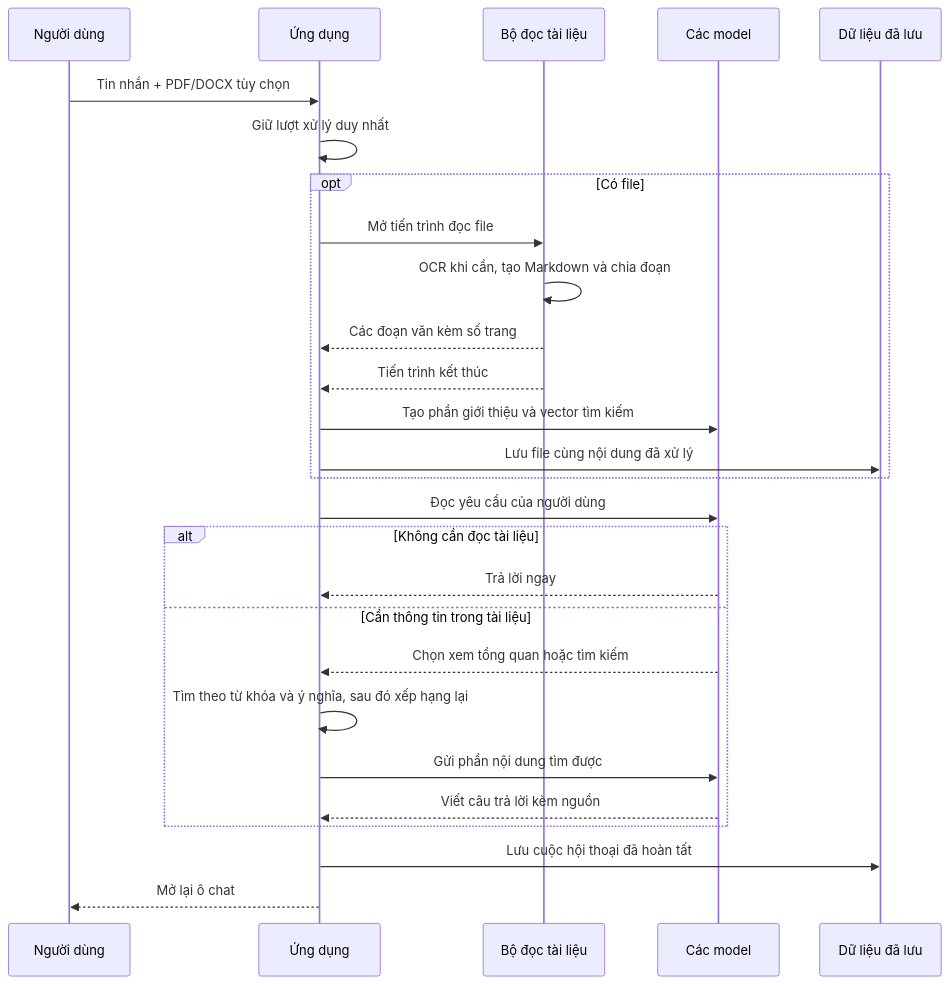
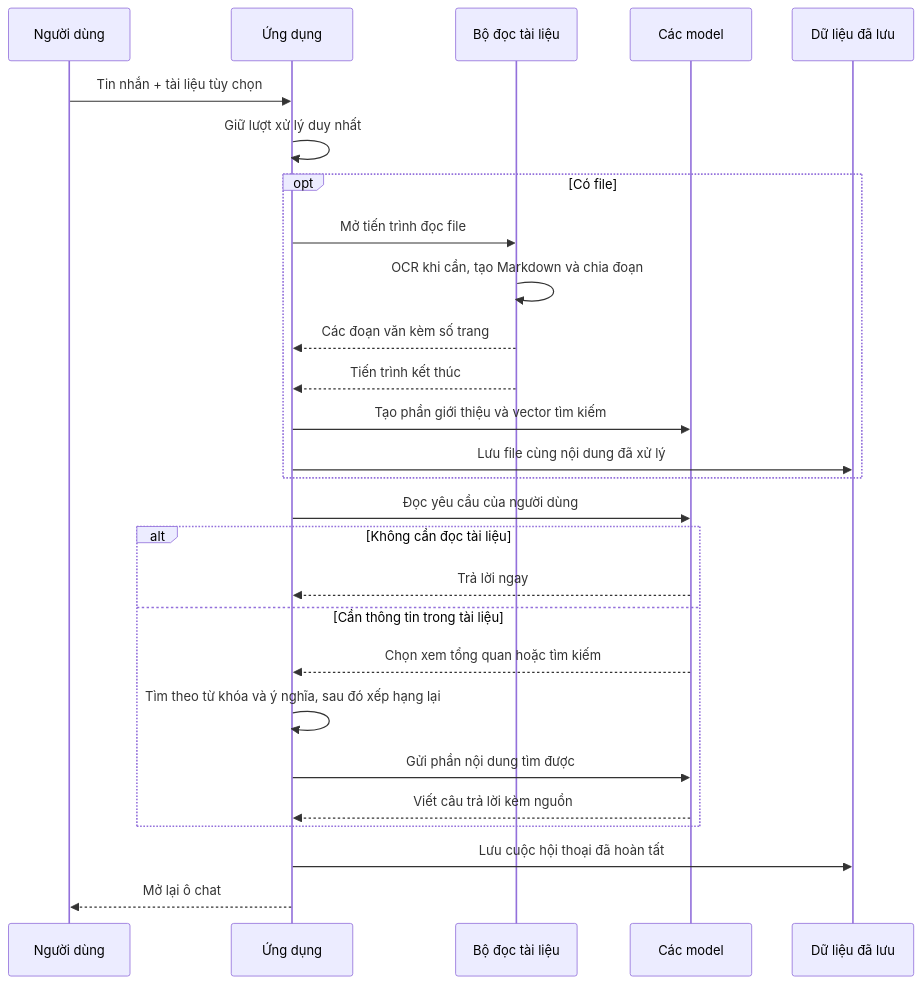
Before and after one commit to vpthinh19/local-rag-chatbot: the second of 2 diagrams in README.md, drawn with Mermaid. The commit also changed other lines of this file, not shown here.

````diff
--- a/README.md
+++ b/README.md
@@ -29,30 +29,30 @@
 ```mermaid
 sequenceDiagram
     participant U as Người dùng
     participant A as Ứng dụng
     participant P as Bộ đọc tài liệu
     participant M as Các model
     participant S as Dữ liệu đã lưu
 
-    U->>A: Tin nhắn + PDF/DOCX tùy chọn
+    U->>A: Tin nhắn + tài liệu tùy chọn
     A->>A: Giữ lượt xử lý duy nhất
     opt Có file
         A->>P: Mở tiến trình đọc file
         P->>P: OCR khi cần, tạo Markdown và chia đoạn
         P-->>A: Các đoạn văn kèm số trang
         P-->>A: Tiến trình kết thúc
         A->>M: Tạo phần giới thiệu và vector tìm kiếm
         A->>S: Lưu file cùng nội dung đã xử lý
     end
     A->>M: Đọc yêu cầu của người dùng
     alt Không cần đọc tài liệu
         M-->>A: Trả lời ngay
     else Cần thông tin trong tài liệu
         M-->>A: Chọn xem tổng quan hoặc tìm kiếm
         A->>A: Tìm theo từ khóa và ý nghĩa, sau đó xếp hạng lại
         A->>M: Gửi phần nội dung tìm được
         M-->>A: Viết câu trả lời kèm nguồn
     end
     A->>S: Lưu cuộc hội thoại đã hoàn tất
     A-->>U: Mở lại ô chat
 ```
````
